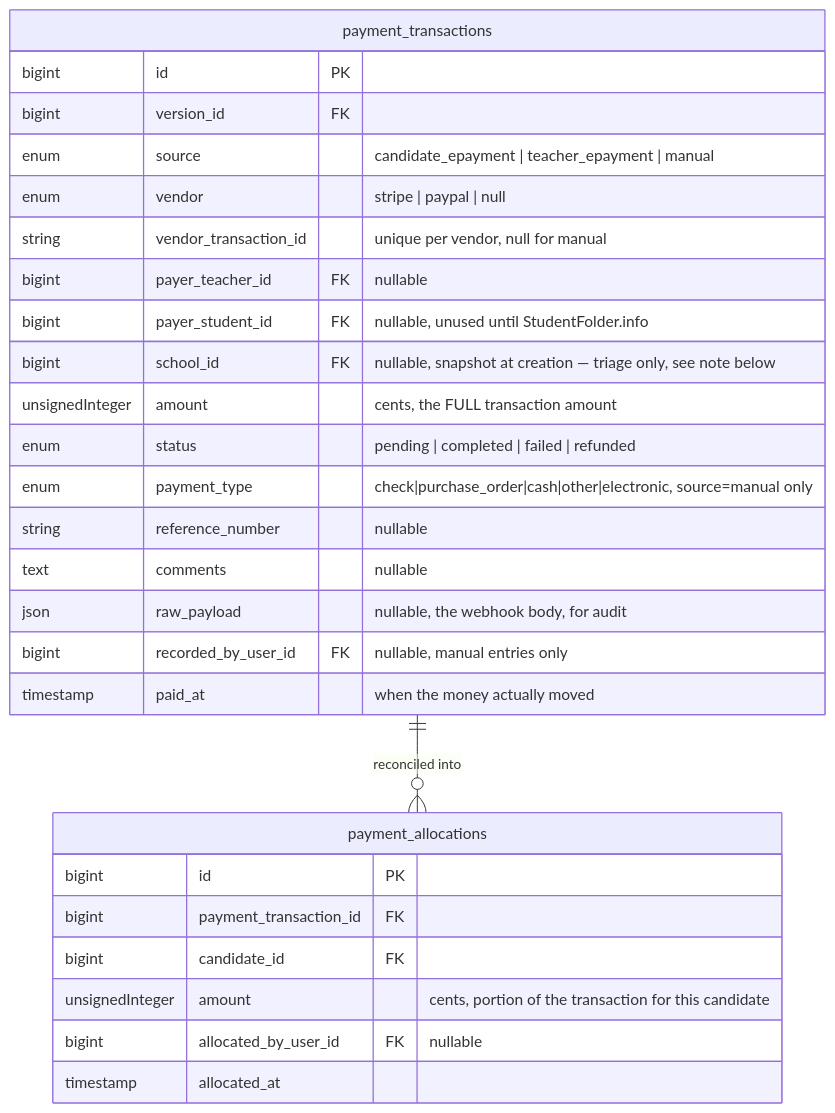
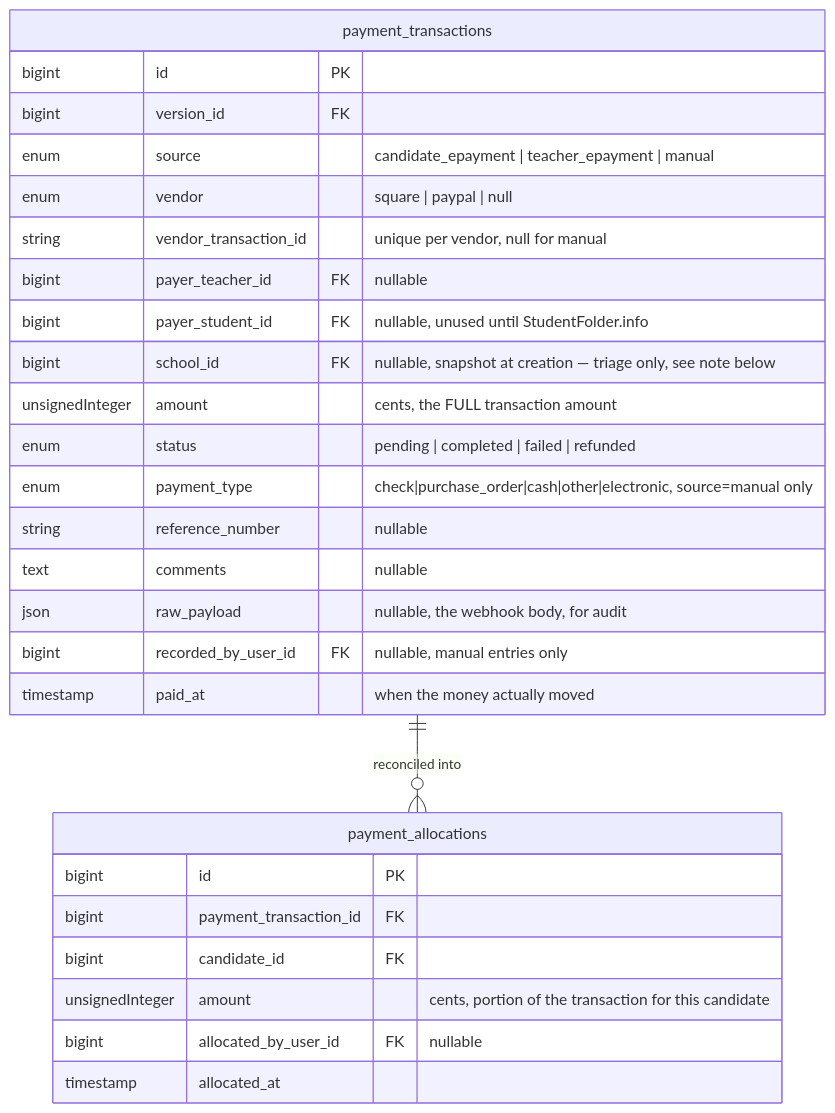
Before and after one commit to rretzko/tdr2027: the diagram in docs/plans/epayment-integration.md, drawn with Mermaid. The commit also changed other lines of this file and 69 other files, not shown here.

````diff
--- a/docs/plans/epayment-integration.md
+++ b/docs/plans/epayment-integration.md
@@ -45,30 +47,30 @@
 ```mermaid
 erDiagram
     payment_transactions ||--o{ payment_allocations : "reconciled into"
     payment_transactions {
         bigint id PK
         bigint version_id FK
         enum source "candidate_epayment | teacher_epayment | manual"
-        enum vendor "stripe | paypal | null"
+        enum vendor "square | paypal | null"
         string vendor_transaction_id "unique per vendor, null for manual"
         bigint payer_teacher_id FK "nullable"
         bigint payer_student_id FK "nullable, unused until StudentFolder.info"
         bigint school_id FK "nullable, snapshot at creation — triage only, see note below"
         unsignedInteger amount "cents, the FULL transaction amount"
         enum status "pending | completed | failed | refunded"
         enum payment_type "check|purchase_order|cash|other|electronic, source=manual only"
         string reference_number "nullable"
         text comments "nullable"
         json raw_payload "nullable, the webhook body, for audit"
         bigint recorded_by_user_id FK "nullable, manual entries only"
         timestamp paid_at "when the money actually moved"
     }
     payment_allocations {
         bigint id PK
         bigint payment_transaction_id FK
         bigint candidate_id FK
         unsignedInteger amount "cents, portion of the transaction for this candidate"
         bigint allocated_by_user_id FK "nullable"
         timestamp allocated_at
     }
 ```
````
